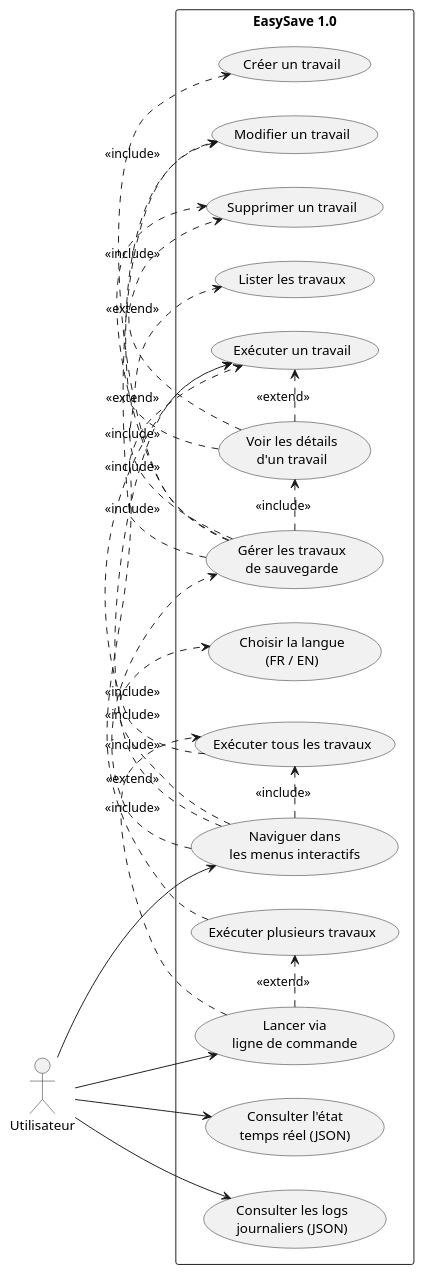
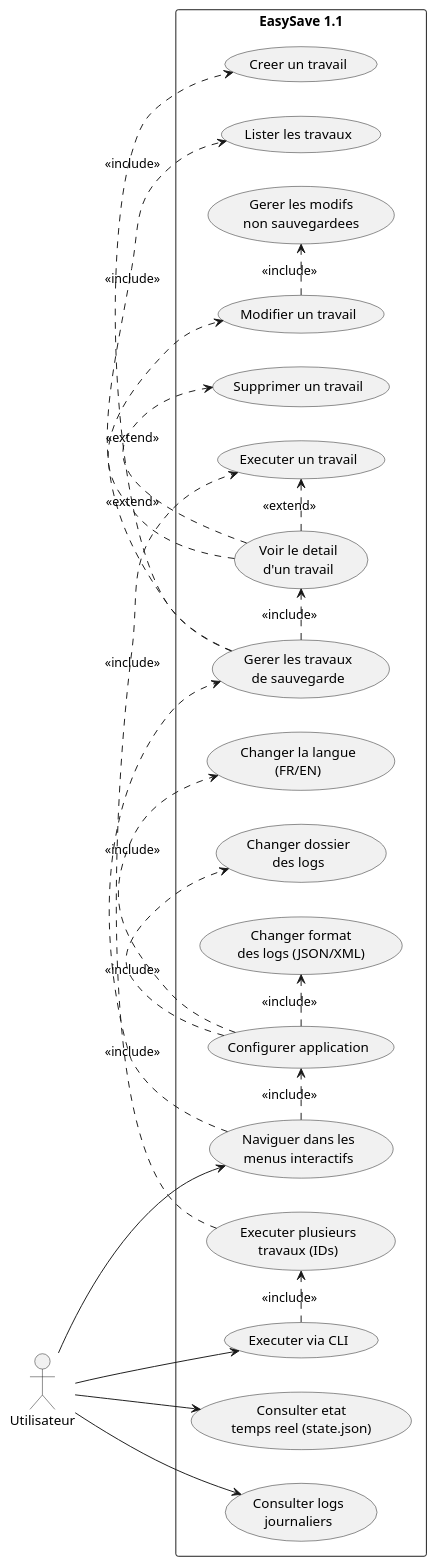
One commit to ant0rbtll/EasySave changed the diagram in docs/usecase.puml. Above: the diagram before and after it, drawn with PlantUML. The commit also changed 4 other files, not shown here.

```diff
--- a/docs/usecase.puml
+++ b/docs/usecase.puml
@@ -1,61 +1,58 @@
 @startuml
 left to right direction
 skinparam packageStyle rectangle
 skinparam shadowing false
 
 actor "Utilisateur" as User
 
-rectangle "EasySave 1.0" {
+rectangle "EasySave 1.1" {
+  usecase "Naviguer dans les\nmenus interactifs" as UC_Interactive
 
-  usecase "Naviguer dans\nles menus interactifs" as UC_Interactive
-  
-  usecase "Gérer les travaux\nde sauvegarde" as UC_Manage
-  usecase "Créer un travail" as UC_Create
-  usecase "Modifier un travail" as UC_Edit
+  usecase "Gerer les travaux\nde sauvegarde" as UC_ManageJobs
+  usecase "Creer un travail" as UC_Create
+  usecase "Lister les travaux" as UC_List
+  usecase "Voir le detail\nd'un travail" as UC_Details
+  usecase "Modifier un travail" as UC_Update
   usecase "Supprimer un travail" as UC_Delete
-  usecase "Lister les travaux" as UC_List
-  usecase "Voir les détails\nd'un travail" as UC_Details
+  usecase "Executer un travail" as UC_RunOne
 
-  usecase "Exécuter un travail" as UC_RunOne
-  usecase "Exécuter plusieurs travaux" as UC_RunMultiple
-  usecase "Exécuter tous les travaux" as UC_RunAll
+  usecase "Gerer les modifs\nnon sauvegardees" as UC_Unsaved
 
-  usecase "Lancer via\nligne de commande" as UC_CLI
+  usecase "Executer via CLI" as UC_CLI
+  usecase "Executer plusieurs\ntravaux (IDs)" as UC_RunMany
 
-  usecase "Choisir la langue\n(FR / EN)" as UC_Lang
+  usecase "Configurer application" as UC_Settings
+  usecase "Changer la langue\n(FR/EN)" as UC_Lang
+  usecase "Changer dossier\ndes logs" as UC_LogDir
+  usecase "Changer format\ndes logs (JSON/XML)" as UC_LogFormat
 
-  usecase "Consulter l'état\ntemps réel (JSON)" as UC_Status
-  usecase "Consulter les logs\njournaliers (JSON)" as UC_Logs
+  usecase "Consulter etat\ntemps reel (state.json)" as UC_State
+  usecase "Consulter logs\njournaliers" as UC_Logs
 }
 
-' Acteur
 User --> UC_Interactive
 User --> UC_CLI
-User --> UC_Status
+User --> UC_State
 User --> UC_Logs
 
-' Navigation interactive
-UC_Interactive .> UC_Manage : <<include>>
-UC_Interactive .> UC_Lang : <<include>>
-UC_Interactive .> UC_RunOne : <<include>>
-UC_Interactive .> UC_RunAll : <<include>>
+UC_Interactive .> UC_ManageJobs : <<include>>
+UC_Interactive .> UC_Settings : <<include>>
 
-' Gestion des travaux
-UC_Manage .> UC_Create : <<include>>
-UC_Manage .> UC_Edit   : <<include>>
-UC_Manage .> UC_Delete : <<include>>
-UC_Manage .> UC_List   : <<include>>
-UC_Manage .> UC_Details : <<include>>
+UC_ManageJobs .> UC_Create : <<include>>
+UC_ManageJobs .> UC_List : <<include>>
+UC_ManageJobs .> UC_Details : <<include>>
 
-' Exécution
-UC_RunAll .> UC_RunOne : <<include>>
-UC_RunMultiple .> UC_RunOne : <<include>>
-UC_CLI .> UC_RunMultiple : <<extend>>
-UC_CLI .> UC_RunAll : <<extend>>
+UC_Details .> UC_Update : <<extend>>
+UC_Details .> UC_Delete : <<extend>>
+UC_Details .> UC_RunOne : <<extend>>
 
-' Détails et actions
-UC_Details .> UC_RunOne : <<extend>>
-UC_Details .> UC_Edit : <<extend>>
-UC_Details .> UC_Delete : <<extend>>
+UC_Update .> UC_Unsaved : <<include>>
+
+UC_Settings .> UC_Lang : <<include>>
+UC_Settings .> UC_LogDir : <<include>>
+UC_Settings .> UC_LogFormat : <<include>>
+
+UC_CLI .> UC_RunMany : <<include>>
+UC_RunMany .> UC_RunOne : <<include>>
 
 @enduml
```
